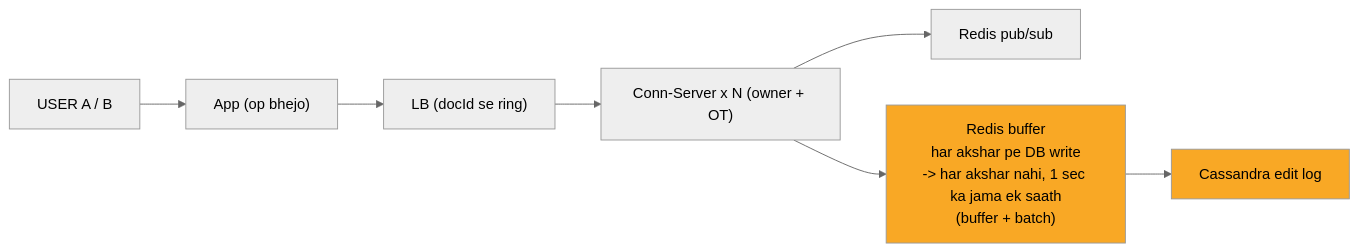
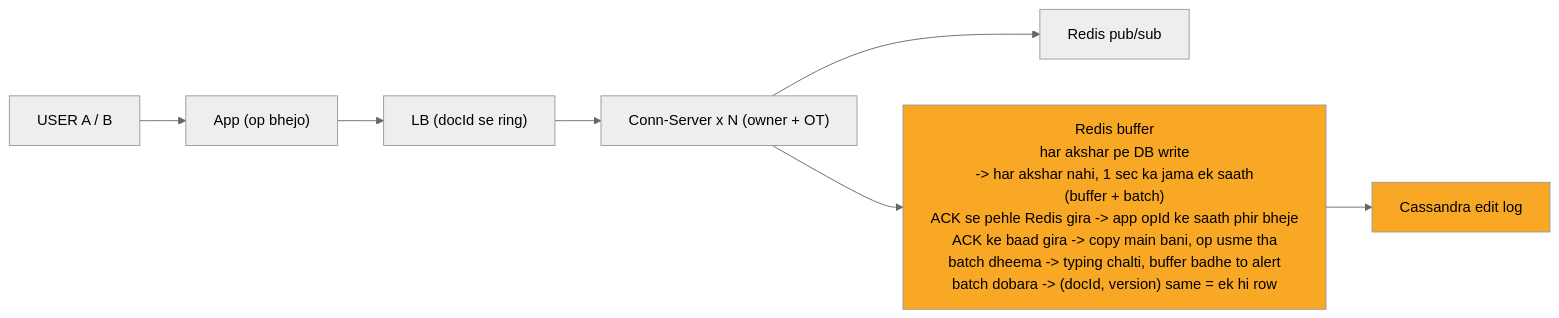
The seventh of 10 diagrams in 04_HLD/SYSTEM_DESIGNS/11_google_docs_collab/11_google_docs_collab.md (ArpanMaheshwari144/Prep), drawn with Mermaid (neutral theme) before and after one commit. The commit also changed other lines of this file and 12 other files, not shown here.

Commit message:
hld 02-14: peele dabbe me SAFAR ke mod + diagram chauda (wrappingWidth 450)

````diff
--- a/04_HLD/SYSTEM_DESIGNS/11_google_docs_collab/11_google_docs_collab.md
+++ b/04_HLD/SYSTEM_DESIGNS/11_google_docs_collab/11_google_docs_collab.md
@@ -249,18 +255,19 @@
 ```mermaid
+%%{init: {"flowchart": {"wrappingWidth": 450}}}%%
 flowchart LR
     n_USER["USER A / B"]
     n_App["App (op bhejo)"]
     n_LB["LB (docId se ring)"]
     n_Conn_Server_xN["Conn-Server x N (owner + OT)"]
     n_PS["Redis pub/sub"]
-    n_BUF["Redis buffer<br/>har akshar pe DB write<br/>-> har akshar nahi, 1 sec ka jama ek saath<br/>(buffer + batch)"]
+    n_BUF["Redis buffer<br/>har akshar pe DB write<br/>-> har akshar nahi, 1 sec ka jama ek saath<br/>(buffer + batch)<br/>ACK se pehle Redis gira -> app opId ke saath phir bheje<br/>ACK ke baad gira -> copy main bani, op usme tha<br/>batch dheema -> typing chalti, buffer badhe to alert<br/>batch dobara -> (docId, version) same = ek hi row"]
     n_CAS["Cassandra edit log"]
     n_USER --> n_App
     n_App --> n_LB
     n_LB --> n_Conn_Server_xN
     n_Conn_Server_xN --> n_PS
     n_Conn_Server_xN --> n_BUF
     n_BUF --> n_CAS
     style n_BUF fill:#f9a825,color:#000
     style n_CAS fill:#f9a825,color:#000
 ```
````
